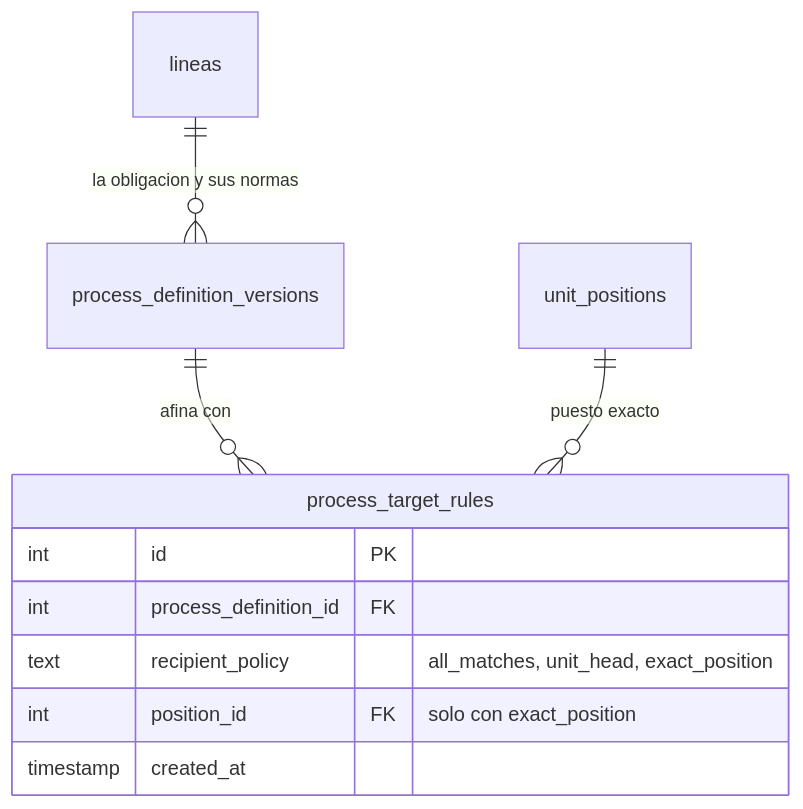
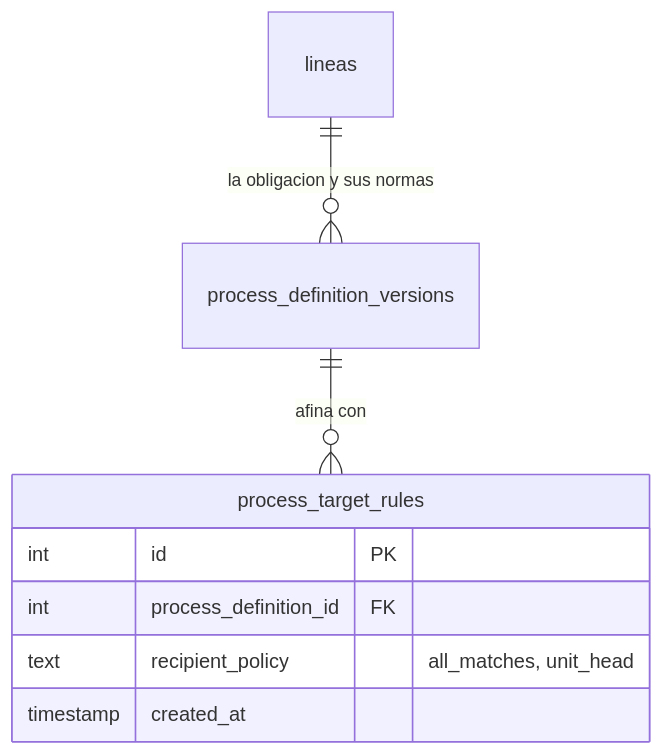
One commit to fresvel/deasy changed the diagram in docs/src/content/docs/modelo/reparto.md. Above: the diagram before and after it, drawn with Mermaid. The commit also changed other lines of this file and 41 other files, not shown here.

````diff
--- a/docs/src/content/docs/modelo/reparto.md
+++ b/docs/src/content/docs/modelo/reparto.md
@@ -136,18 +145,16 @@
 ```mermaid
 erDiagram
   %% parcial: `lineas` y `process_definition_versions` salen solo como el extremo de su relacion,
   %% para situar de donde viene el alcance. Sus columnas estan en /modelo/mapa-con-campos/
   lineas ||--o{ process_definition_versions : "la obligacion y sus normas"
   process_definition_versions ||--o{ process_target_rules : "afina con"
-  unit_positions ||--o{ process_target_rules : "puesto exacto"
 
   process_target_rules {
     int id PK
     int process_definition_id FK
 
-    text recipient_policy "all_matches, unit_head, exact_position"
-    int position_id FK "solo con exact_position"
+    text recipient_policy "all_matches, unit_head"
 
     timestamp created_at
   }
 ```
````
